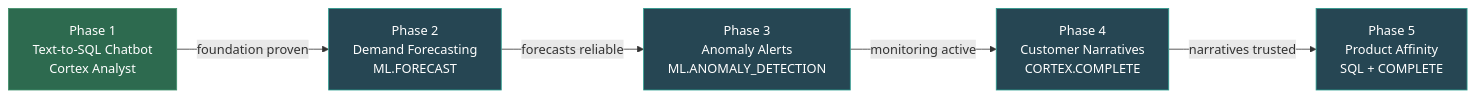
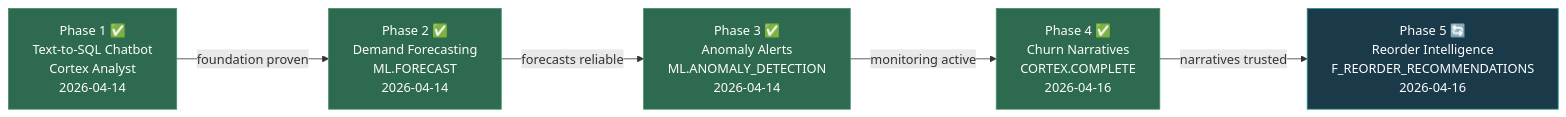
Before and after one commit to trinityBI-HQ/dbt_ammodepot: the fourth of 4 diagrams in streamlit_analyst/README.md, drawn with Mermaid. The commit also changed other lines of this file and 3 other files, not shown here.

````diff
--- a/streamlit_analyst/README.md
+++ b/streamlit_analyst/README.md
@@ -226,19 +226,19 @@
 ```mermaid
 flowchart LR
-    P1["Phase 1<br/>Text-to-SQL Chatbot<br/>Cortex Analyst"]
-    P2["Phase 2<br/>Demand Forecasting<br/>ML.FORECAST"]
-    P3["Phase 3<br/>Anomaly Alerts<br/>ML.ANOMALY_DETECTION"]
-    P4["Phase 4<br/>Customer Narratives<br/>CORTEX.COMPLETE"]
-    P5["Phase 5<br/>Product Affinity<br/>SQL + COMPLETE"]
+    P1["Phase 1 ✅<br/>Text-to-SQL Chatbot<br/>Cortex Analyst<br/>2026-04-14"]
+    P2["Phase 2 ✅<br/>Demand Forecasting<br/>ML.FORECAST<br/>2026-04-14"]
+    P3["Phase 3 ✅<br/>Anomaly Alerts<br/>ML.ANOMALY_DETECTION<br/>2026-04-14"]
+    P4["Phase 4 ✅<br/>Churn Narratives<br/>CORTEX.COMPLETE<br/>2026-04-16"]
+    P5["Phase 5 🔄<br/>Reorder Intelligence<br/>F_REORDER_RECOMMENDATIONS<br/>2026-04-16"]
 
     P1 -->|foundation proven| P2
     P2 -->|forecasts reliable| P3
     P3 -->|monitoring active| P4
     P4 -->|narratives trusted| P5
 
     style P1 fill:#2d6a4f,stroke:#40916c,color:#fff
-    style P2 fill:#264653,stroke:#2a9d8f,color:#fff
-    style P3 fill:#264653,stroke:#2a9d8f,color:#fff
-    style P4 fill:#264653,stroke:#2a9d8f,color:#fff
-    style P5 fill:#264653,stroke:#2a9d8f,color:#fff
+    style P2 fill:#2d6a4f,stroke:#40916c,color:#fff
+    style P3 fill:#2d6a4f,stroke:#40916c,color:#fff
+    style P4 fill:#2d6a4f,stroke:#40916c,color:#fff
+    style P5 fill:#1a3a4a,stroke:#2a9d8f,color:#fff
 ```
````
